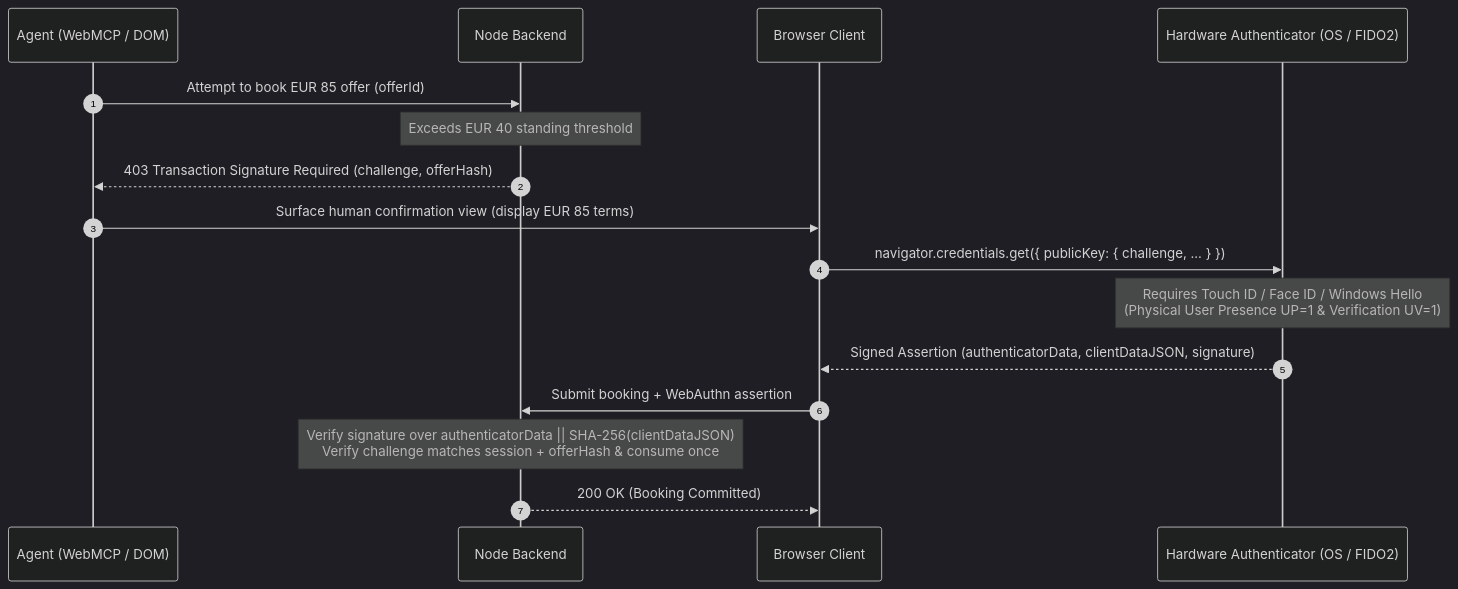
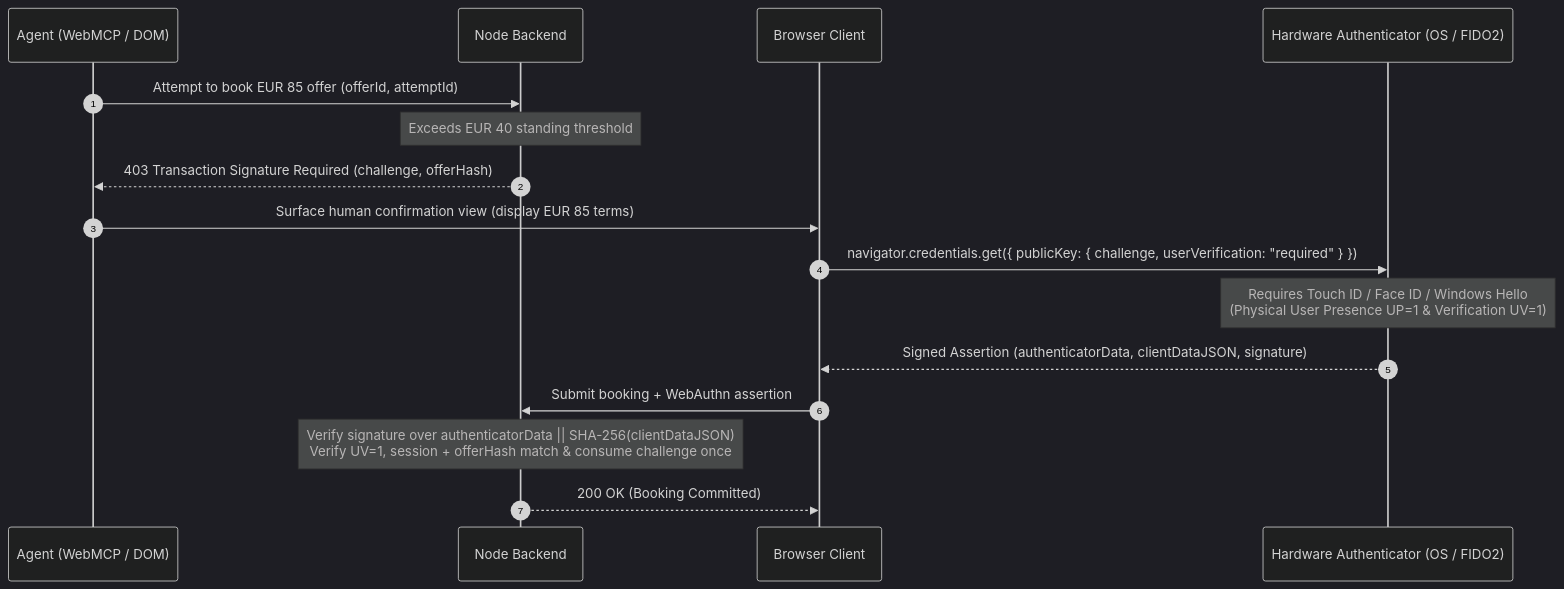
The third of 3 diagrams in content/posts/webmcp-zero-trust-ui-and-cryptographic-consent.md (gfilardo/gf-notebook), drawn with Mermaid (dark theme) before and after one commit. The commit also changed other lines of this file and 7 other files, not shown here.

````diff
--- a/content/posts/webmcp-zero-trust-ui-and-cryptographic-consent.md
+++ b/content/posts/webmcp-zero-trust-ui-and-cryptographic-consent.md
@@ -126,19 +103,19 @@
 ```mermaid#wide WebAuthn transaction signing sequence with dynamic linking to the canonical offer hash.
 sequenceDiagram
     autonumber
     participant A as Agent (WebMCP / DOM)
     participant B as Node Backend
     participant C as Browser Client
     participant H as Hardware Authenticator (OS / FIDO2)
 
-    A->>B: Attempt to book EUR 85 offer (offerId)
+    A->>B: Attempt to book EUR 85 offer (offerId, attemptId)
     Note over B: Exceeds EUR 40 standing threshold
     B-->>A: 403 Transaction Signature Required (challenge, offerHash)
     A->>C: Surface human confirmation view (display EUR 85 terms)
-    C->>H: navigator.credentials.get({ publicKey: { challenge, ... } })
+    C->>H: navigator.credentials.get({ publicKey: { challenge, userVerification: "required" } })
     Note over H: Requires Touch ID / Face ID / Windows Hello<br/>(Physical User Presence UP=1 & Verification UV=1)
     H-->>C: Signed Assertion (authenticatorData, clientDataJSON, signature)
     C->>B: Submit booking + WebAuthn assertion
-    Note over B: Verify signature over authenticatorData || SHA-256(clientDataJSON)<br/>Verify challenge matches session + offerHash & consume once
+    Note over B: Verify signature over authenticatorData || SHA-256(clientDataJSON)<br/>Verify UV=1, session + offerHash match & consume challenge once
     B-->>C: 200 OK (Booking Committed)
 ```
````
